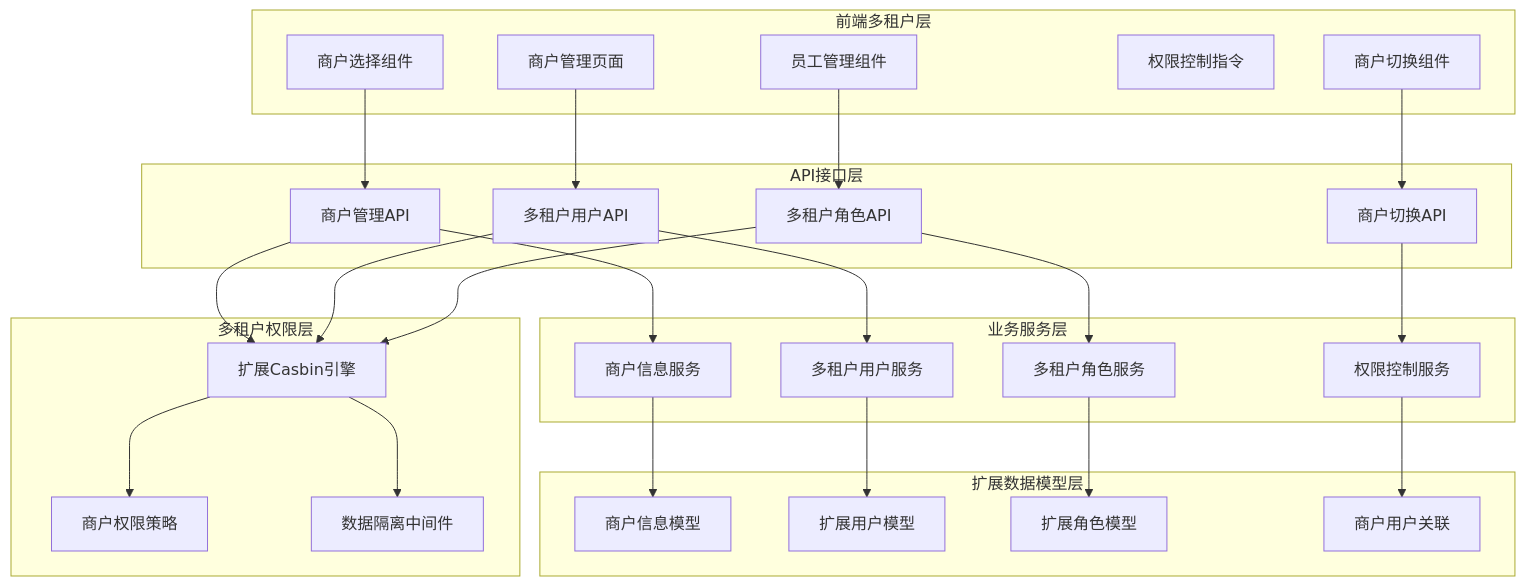
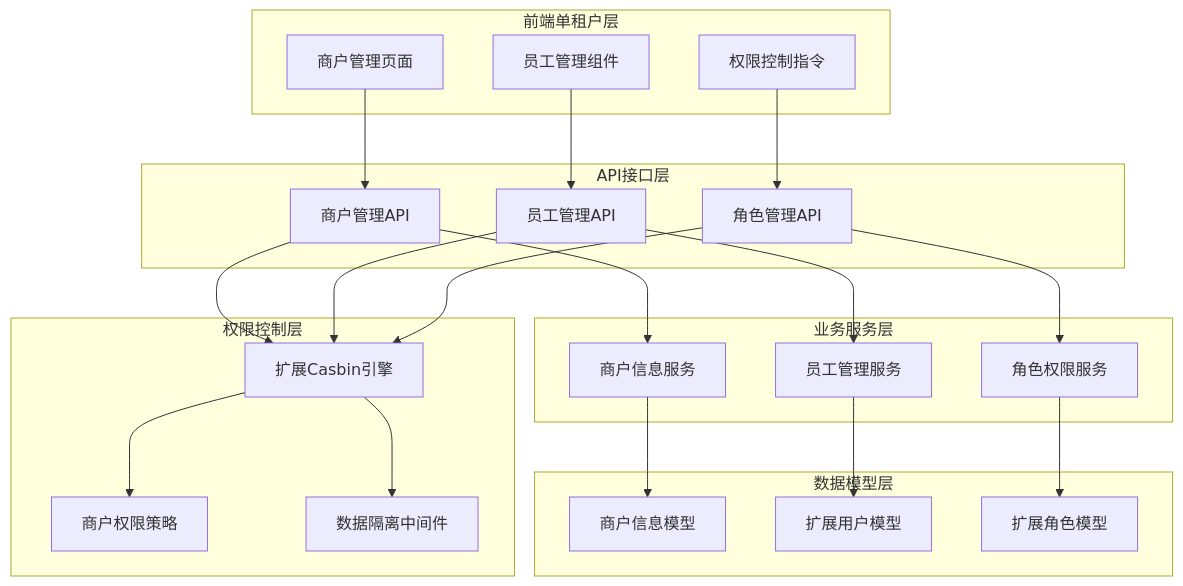
Before and after one commit to lele0124/qqgva: the first of 15 diagrams in .qoder/quests/merchant-management-feature.md, drawn with Mermaid. The commit also changed other lines of this file, not shown here.

````diff
--- a/.qoder/quests/merchant-management-feature.md
+++ b/.qoder/quests/merchant-management-feature.md
@@ -24,55 +24,50 @@
 ```mermaid
 graph TB
-    subgraph "前端多租户层"
-        A[商户选择组件]
-        B[商户管理页面]
-        C[员工管理组件]
-        D[权限控制指令]
-        E[商户切换组件]
+    subgraph "前端单租户层"
+        A[商户管理页面]
+        B[员工管理组件]
+        C[权限控制指令]
     end
     
     subgraph "API接口层"
-        F[商户管理API]
-        G[多租户用户API]
-        H[多租户角色API]
-        I[商户切换API]
+        D[商户管理API]
+        E[员工管理API]
+        F[角色管理API]
     end
     
     subgraph "业务服务层"
-        J[商户信息服务]
-        K[多租户用户服务]
-        L[多租户角色服务]
-        M[权限控制服务]
+        G[商户信息服务]
+        H[员工管理服务]
+        I[角色权限服务]
     end
     
-    subgraph "扩展数据模型层"
-        N[商户信息模型]
-        O[扩展用户模型]
-        P[扩展角色模型]
-        Q[商户用户关联]
+    subgraph "数据模型层"
+        J[商户信息模型]
+        K[扩展用户模型]
+        L[扩展角色模型]
     end
     
-    subgraph "多租户权限层"
-        R[扩展Casbin引擎]
-        S[商户权限策略]
-        T[数据隔离中间件]
+    subgraph "权限控制层"
+        M[扩展Casbin引擎]
+        N[商户权限策略]
+        O[数据隔离中间件]
     end
     
-    A --> F
-    B --> G
-    C --> H
-    E --> I
-    F --> J
-    G --> K
-    H --> L
-    I --> M
-    J --> N
-    K --> O
-    L --> P
-    M --> Q
-    F --> R
-    G --> R
-    H --> R
-    R --> S
-    R --> T
+    A --> D
+    B --> E
+    C --> F
+    
+    D --> G
+    E --> H
+    F --> I
+    
+    G --> J
+    H --> K
+    I --> L
+    
+    D --> M
+    E --> M
+    F --> M
+    M --> N
+    M --> O
 ```
````
